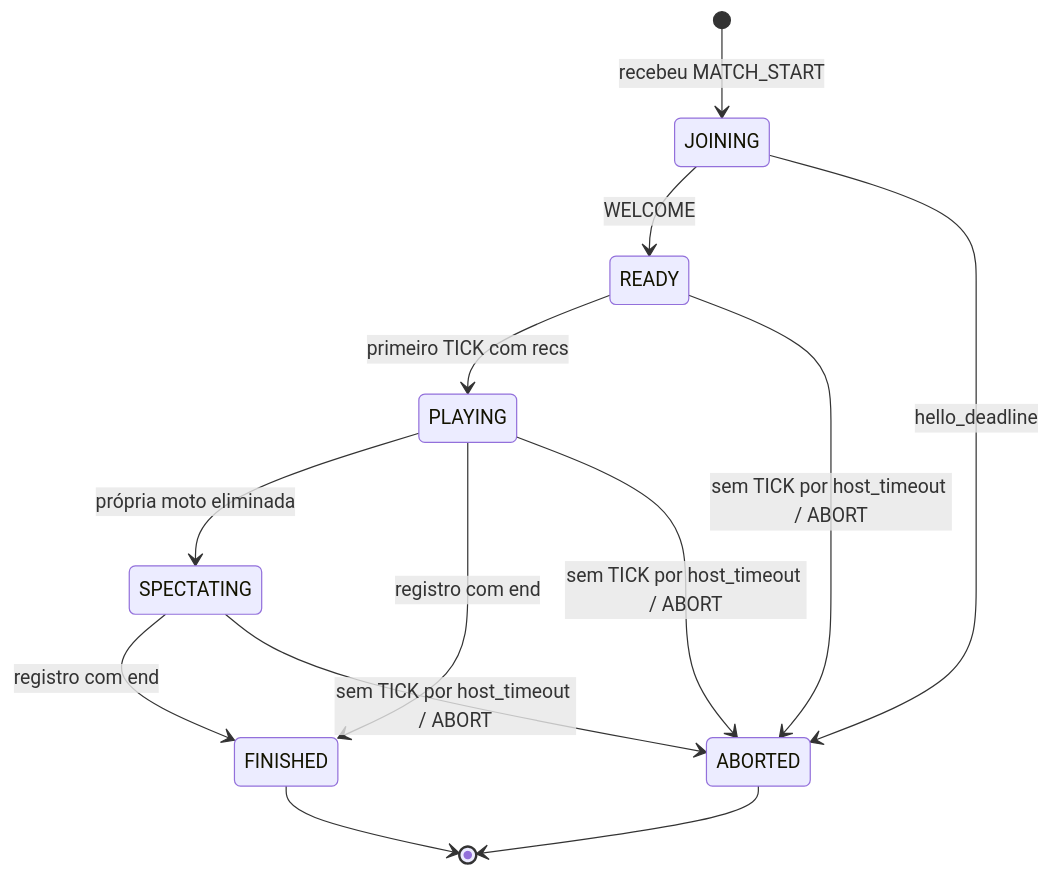
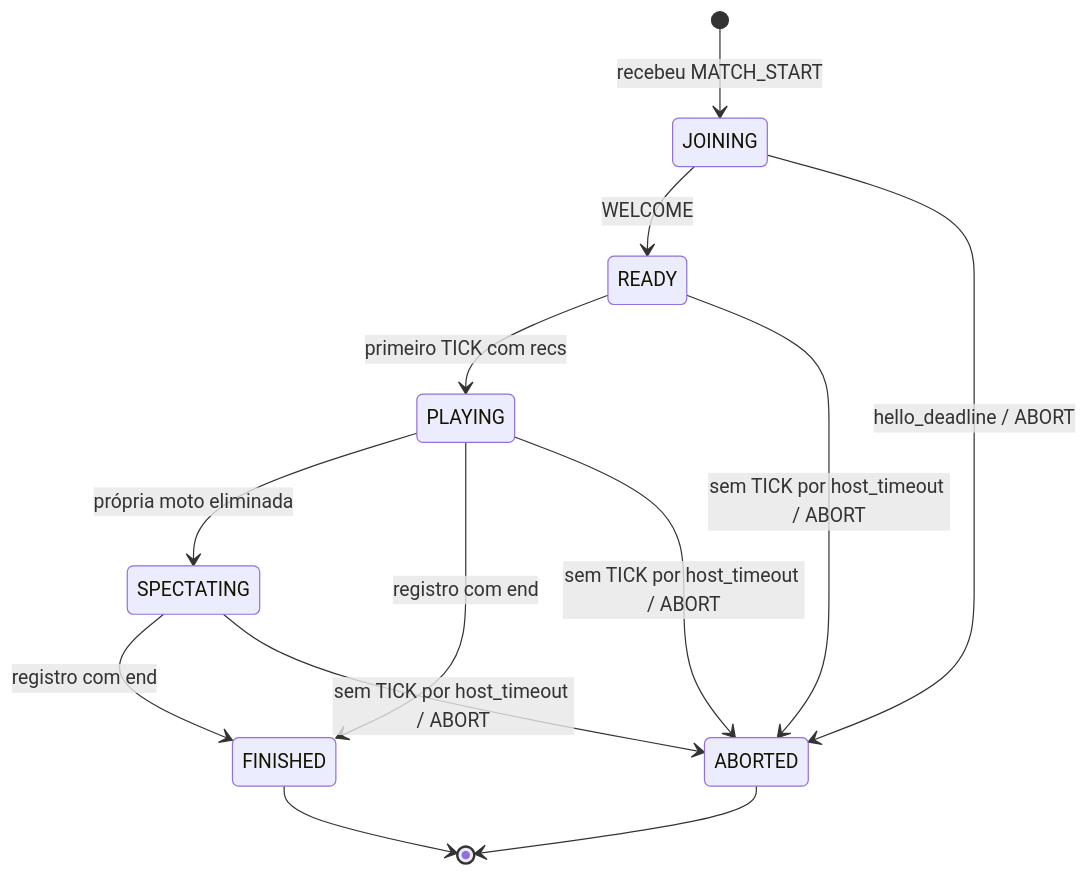
The third of 4 diagrams in README.md (Wmatheus-xavier/DualNode), drawn with Mermaid before and after one commit. The commit also changed other lines of this file, not shown here.

````diff
--- a/README.md
+++ b/README.md
@@ -349,15 +379,15 @@
 ```mermaid
 stateDiagram-v2
     [*] --> JOINING: recebeu MATCH_START
     JOINING --> READY: WELCOME
-    JOINING --> ABORTED: hello_deadline
+    JOINING --> ABORTED: hello_deadline / ABORT
     READY --> PLAYING: primeiro TICK com recs
     PLAYING --> SPECTATING: própria moto eliminada
     PLAYING --> FINISHED: registro com end
     SPECTATING --> FINISHED: registro com end
     READY --> ABORTED: sem TICK por host_timeout / ABORT
     PLAYING --> ABORTED: sem TICK por host_timeout / ABORT
     SPECTATING --> ABORTED: sem TICK por host_timeout / ABORT
     FINISHED --> [*]
     ABORTED --> [*]
 ```
````
